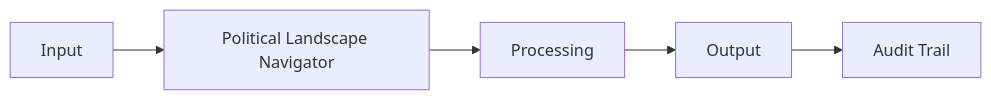
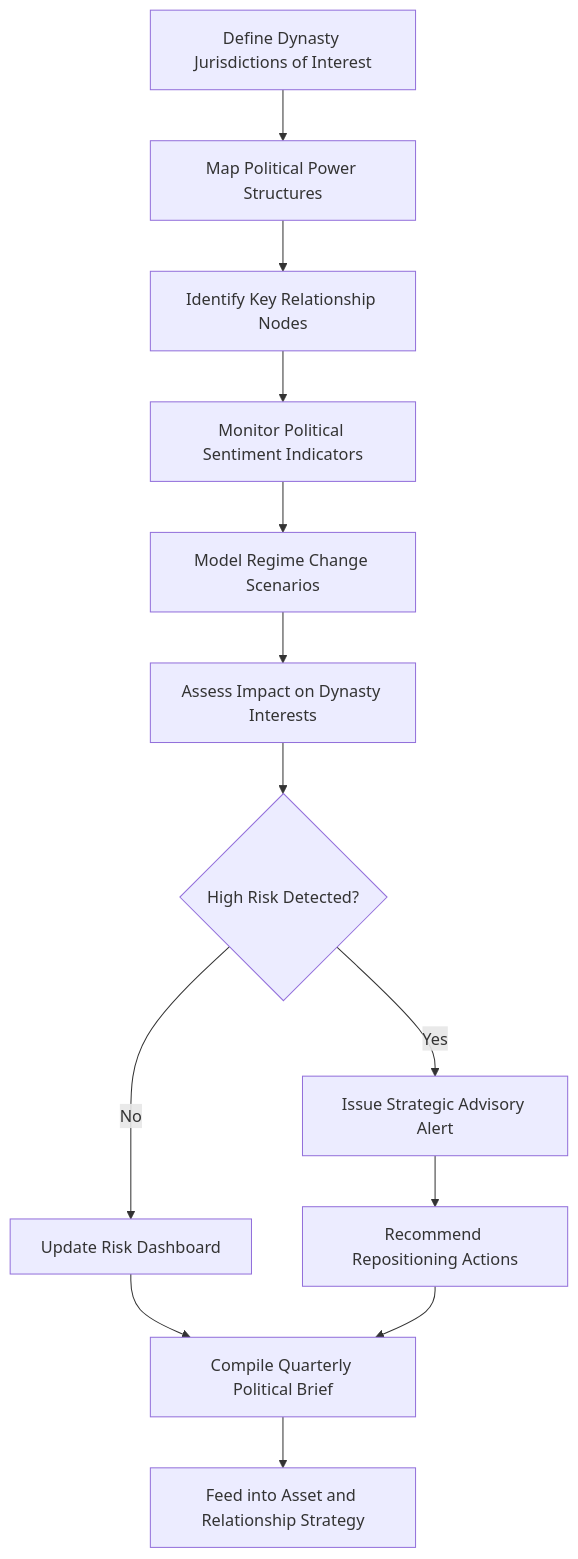
Before and after one commit to andrew-leo-2024/marketplace-docs: the diagram in docs/audiences/05-dynasties/political-landscape-navigator.mdx, drawn with Mermaid. The commit also changed other lines of this file and 401 other files, not shown here.

````diff
--- a/docs/audiences/05-dynasties/political-landscape-navigator.mdx
+++ b/docs/audiences/05-dynasties/political-landscape-navigator.mdx
@@ -29,7 +35,15 @@
 ```mermaid
-graph LR
-    A[Input] --> B[Political Landscape Navigator]
-    B --> C[Processing]
-    C --> D[Output]
-    D --> E[Audit Trail]
+graph TD
+    A[Define Dynasty Jurisdictions of Interest] --> B[Map Political Power Structures]
+    B --> C[Identify Key Relationship Nodes]
+    C --> D[Monitor Political Sentiment Indicators]
+    D --> E[Model Regime Change Scenarios]
+    E --> F[Assess Impact on Dynasty Interests]
+    F --> G{High Risk Detected?}
+    G -->|Yes| H[Issue Strategic Advisory Alert]
+    G -->|No| I[Update Risk Dashboard]
+    H --> J[Recommend Repositioning Actions]
+    I --> K[Compile Quarterly Political Brief]
+    J --> K
+    K --> L[Feed into Asset and Relationship Strategy]
 ```
````
